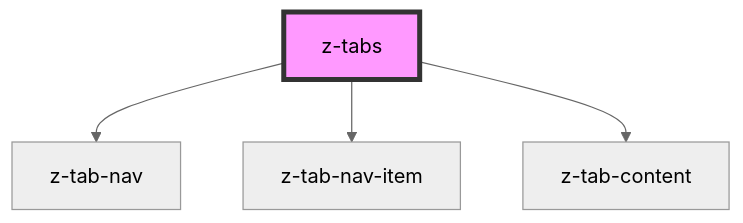
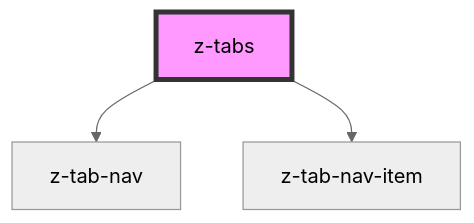
Before and after one commit to Audiotuete/zero: the diagram in packages/stencil-zero/src/components/z-tabs/readme.md, drawn with Mermaid (neutral theme). The commit also changed other lines of this file and 16 other files, not shown here.

````diff
--- a/packages/stencil-zero/src/components/z-tabs/readme.md
+++ b/packages/stencil-zero/src/components/z-tabs/readme.md
@@ -31,7 +30,6 @@
 ```mermaid
 graph TD;
   z-tabs --> z-tab-nav
   z-tabs --> z-tab-nav-item
-  z-tabs --> z-tab-content
   style z-tabs fill:#f9f,stroke:#333,stroke-width:4px
 ```
````
